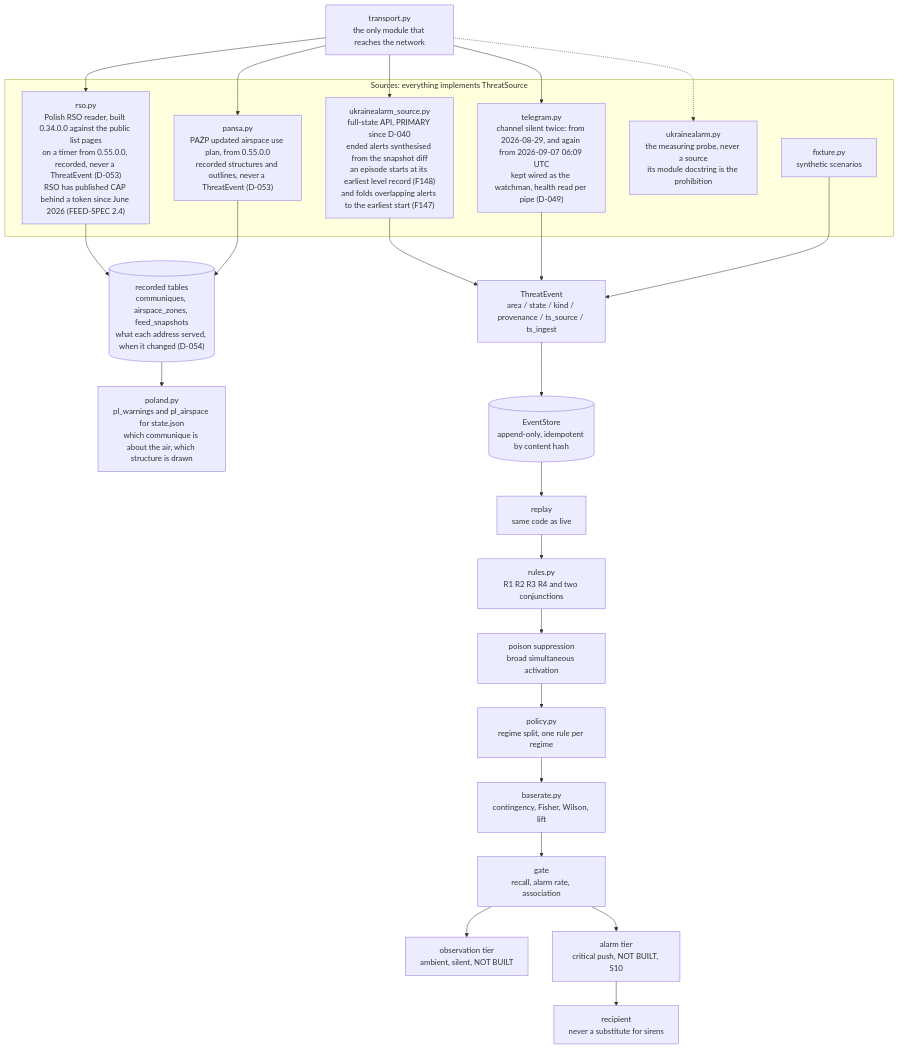
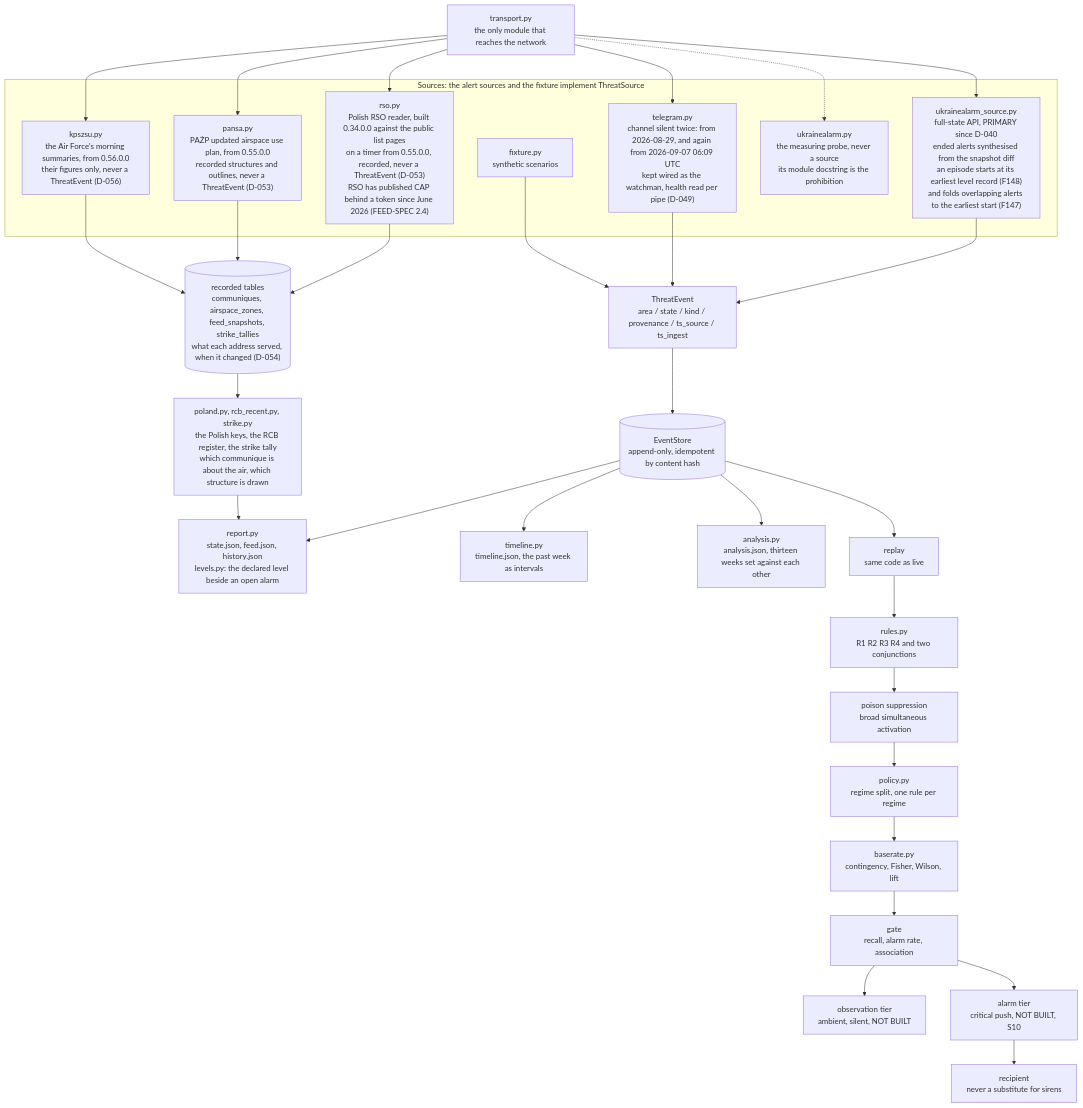
Before and after one commit to jerzy99jerzy/air-alert-early-warning: the diagram in docs/ARCHITECTURE.md, drawn with Mermaid. The commit also changed other lines of this file and 20 other files, not shown here.

Commit message:
0.61.0.1: the documents brought level with the running system, read against the tree and the host the morning after 0.61.0.0's install; T94 closed with the host's figures; prose made false by work that was done (F202)

````diff
--- a/docs/ARCHITECTURE.md
+++ b/docs/ARCHITECTURE.md
@@ -32,36 +32,43 @@
 ```mermaid
 flowchart TD
     NET["transport.py<br/>the only module that reaches the network"]
-    subgraph IN["Sources: everything implements ThreatSource"]
+    subgraph IN["Sources: the alert sources and the fixture implement ThreatSource"]
         UASRC["ukrainealarm_source.py<br/>full-state API, PRIMARY since D-040<br/>ended alerts synthesised from the snapshot diff<br/>an episode starts at its earliest level record (F148)<br/>and folds overlapping alerts to the earliest start (F147)"]
         TG["telegram.py<br/>channel silent twice: from 2026-08-29, and again from 2026-09-07 06:09 UTC<br/>kept wired as the watchman, health read per pipe (D-049)"]
         RSO["rso.py<br/>Polish RSO reader, built 0.34.0.0 against the public list pages<br/>on a timer from 0.55.0.0, recorded, never a ThreatEvent (D-053)<br/>RSO has published CAP behind a token since June 2026 (FEED-SPEC 2.4)"]
         PANSA["pansa.py<br/>PAŻP updated airspace use plan, from 0.55.0.0<br/>recorded structures and outlines, never a ThreatEvent (D-053)"]
+        KPS["kpszsu.py<br/>the Air Force's morning summaries, from 0.56.0.0<br/>their figures only, never a ThreatEvent (D-056)"]
         OFF["ukrainealarm.py<br/>the measuring probe, never a source<br/>its module docstring is the prohibition"]
         FIX["fixture.py<br/>synthetic scenarios"]
     end
     NET --> UASRC
     NET --> TG
     NET --> RSO
     NET --> PANSA
+    NET --> KPS
     NET -.-> OFF
     UASRC --> EV
     TG --> EV
     RSO --> PLSTORE
     PANSA --> PLSTORE
-    PLSTORE[("recorded tables<br/>communiques, airspace_zones, feed_snapshots<br/>what each address served, when it changed (D-054)")]
-    PLSTORE --> POLAND["poland.py<br/>pl_warnings and pl_airspace for state.json<br/>which communique is about the air, which structure is drawn"]
+    KPS --> PLSTORE
+    PLSTORE[("recorded tables<br/>communiques, airspace_zones, feed_snapshots, strike_tallies<br/>what each address served, when it changed (D-054)")]
+    PLSTORE --> POLAND["poland.py, rcb_recent.py, strike.py<br/>the Polish keys, the RCB register, the strike tally<br/>which communique is about the air, which structure is drawn"]
+    STORE --> REPORT["report.py<br/>state.json, feed.json, history.json<br/>levels.py: the declared level beside an open alarm"]
+    POLAND --> REPORT
+    STORE --> TIMELINE["timeline.py<br/>timeline.json, the past week as intervals"]
+    STORE --> ANALYSIS["analysis.py<br/>analysis.json, thirteen weeks set against each other"]
     FIX --> EV
 
     EV["ThreatEvent<br/>area / state / kind / provenance / ts_source / ts_ingest"]
     EV --> STORE[("EventStore<br/>append-only, idempotent by content hash")]
     STORE --> REPLAY["replay<br/>same code as live"]
     REPLAY --> RULES["rules.py<br/>R1 R2 R3 R4 and two conjunctions"]
     RULES --> SUPPRESS["poison suppression<br/>broad simultaneous activation"]
     SUPPRESS --> POLICY["policy.py<br/>regime split, one rule per regime"]
     POLICY --> BASE["baserate.py<br/>contingency, Fisher, Wilson, lift"]
     BASE --> GATE["gate<br/>recall, alarm rate, association"]
     GATE --> OBS["observation tier<br/>ambient, silent, NOT BUILT"]
     GATE --> ALARM["alarm tier<br/>critical push, NOT BUILT, S10"]
     ALARM --> HUMAN["recipient<br/>never a substitute for sirens"]
 ```
````
